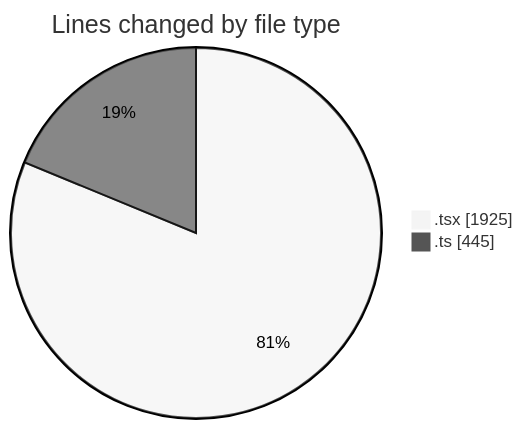
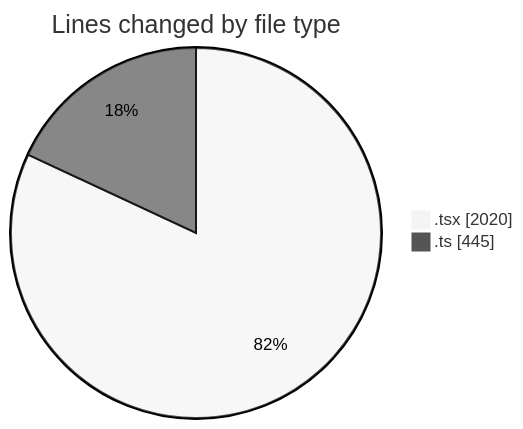
Before and after one commit to momahboobian/code-tracking: the first of 2 diagrams in 2025-09-24/cda/README.md, drawn with Mermaid (neutral theme). The commit also changed other lines of this file and 1 other file, not shown here.

````diff
--- a/2025-09-24/cda/README.md
+++ b/2025-09-24/cda/README.md
@@ -29,6 +29,6 @@
 ```mermaid
 pie showData
 title Lines changed by file type
-".tsx" : 1925
+".tsx" : 2020
 ".ts" : 445
 ```
````
